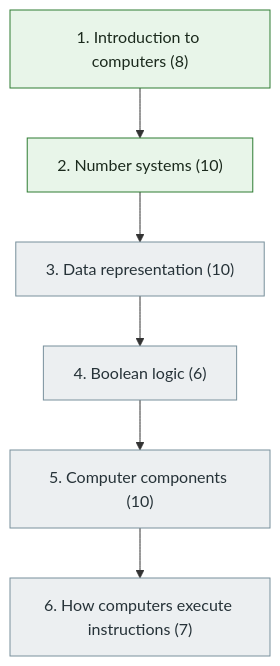
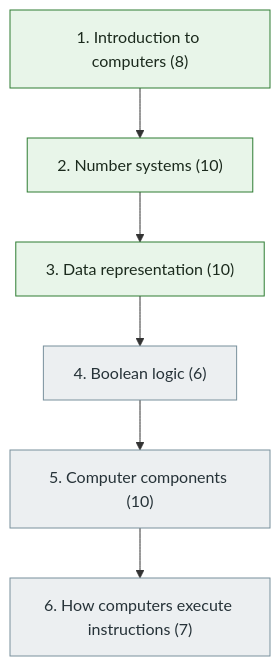
Before and after one commit to Sumit6258/Software-Engineer: the diagram in docs/01-computer-science-foundations/01-computer-fundamentals/index.md, drawn with Mermaid. The commit also changed other lines of this file and 28 other files, not shown here.

````diff
--- a/docs/01-computer-science-foundations/01-computer-fundamentals/index.md
+++ b/docs/01-computer-science-foundations/01-computer-fundamentals/index.md
@@ -37,13 +37,13 @@
 ```mermaid
 flowchart TD
     C1["1. Introduction to computers (8)"] --> C2["2. Number systems (10)"] --> C3["3. Data representation (10)"] --> C4["4. Boolean logic (6)"] --> C5["5. Computer components (10)"] --> C6["6. How computers execute instructions (7)"]
     classDef ns fill:#eceff1,stroke:#78909c,color:#263238;
     classDef ip fill:#fff8e1,stroke:#f9a825,color:#263238;
     classDef dr fill:#e8f5e9,stroke:#2e7d32,color:#1b2a1d;
     class C1 dr;
     class C2 dr;
-    class C3 ns;
+    class C3 dr;
     class C4 ns;
     class C5 ns;
     class C6 ns;
 ```
````
